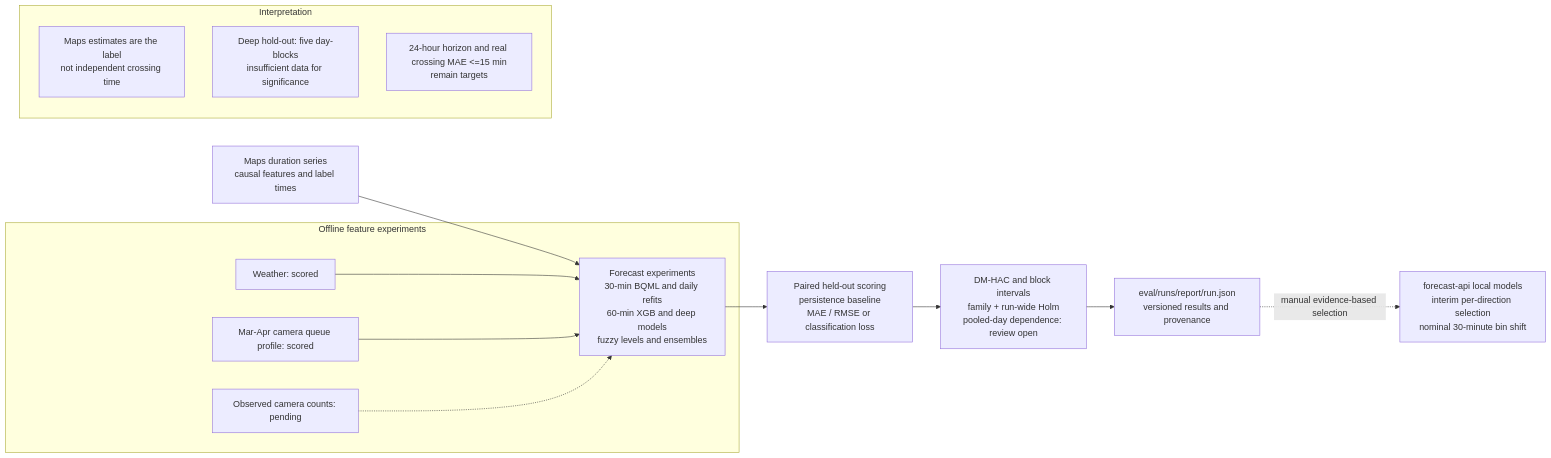
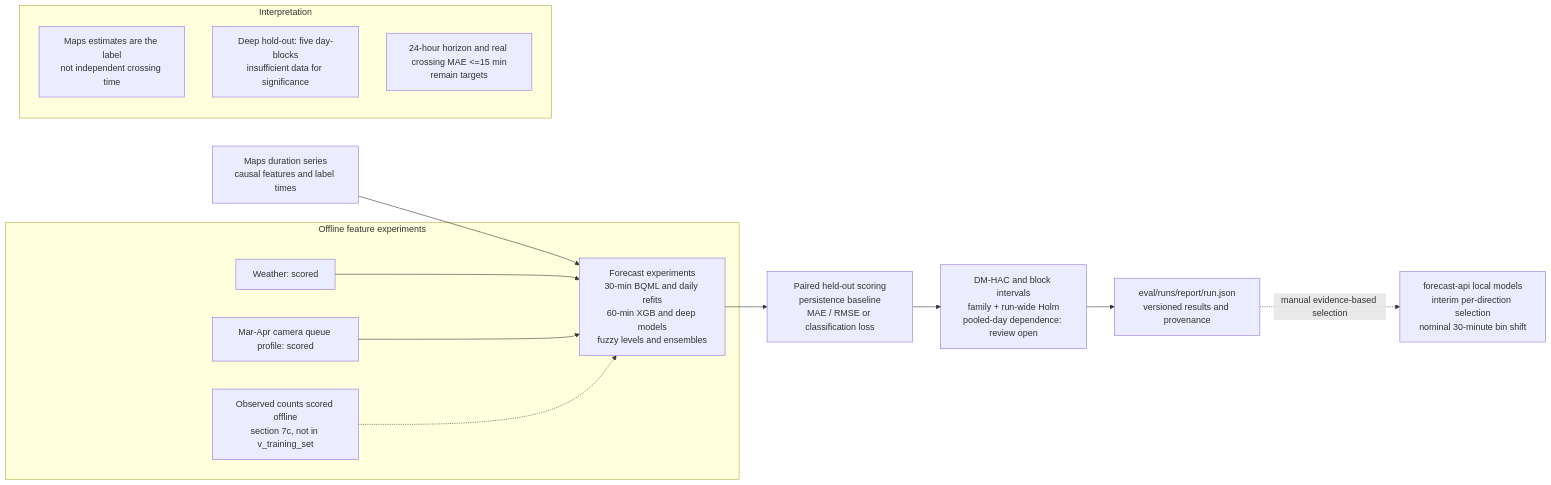
Before and after one commit to sozuken-max/swiftborder: the diagram in docs/diagrams/eval-layer-b.mmd, drawn with Mermaid. The commit also changed 23 other files, not shown here.

```diff
--- a/docs/diagrams/eval-layer-b.mmd
+++ b/docs/diagrams/eval-layer-b.mmd
@@ -1,16 +1,16 @@
 flowchart LR
   DATA["Maps duration series<br/>causal features and label times"] --> MODELS["Forecast experiments<br/>30-min BQML and daily refits<br/>60-min XGB and deep models<br/>fuzzy levels and ensembles"]
   MODELS --> SCORE["Paired held-out scoring<br/>persistence baseline<br/>MAE / RMSE or classification loss"]
   SCORE --> SIG["DM-HAC and block intervals<br/>family + run-wide Holm<br/>pooled-day dependence: review open"]
   SIG --> REPORT["eval/runs/report/run.json<br/>versioned results and provenance"]
   REPORT -.->|"manual evidence-based selection"| SERVE["forecast-api local models<br/>interim per-direction selection<br/>nominal 30-minute bin shift"]
   subgraph INPUTS["Offline feature experiments"]
     WX["Weather: scored"] --> MODELS
     PROFILE["Mar-Apr camera queue profile: scored"] --> MODELS
-    CAMERA["Observed camera counts: pending"] -.-> MODELS
+    CAMERA["Observed counts scored offline<br/>section 7c, not in v_training_set"] -.-> MODELS
   end
   subgraph LIMITS["Interpretation"]
     L1["Maps estimates are the label<br/>not independent crossing time"]
     L2["Deep hold-out: five day-blocks<br/>insufficient data for significance"]
     L3["24-hour horizon and real crossing MAE <=15 min<br/>remain targets"]
   end
```
